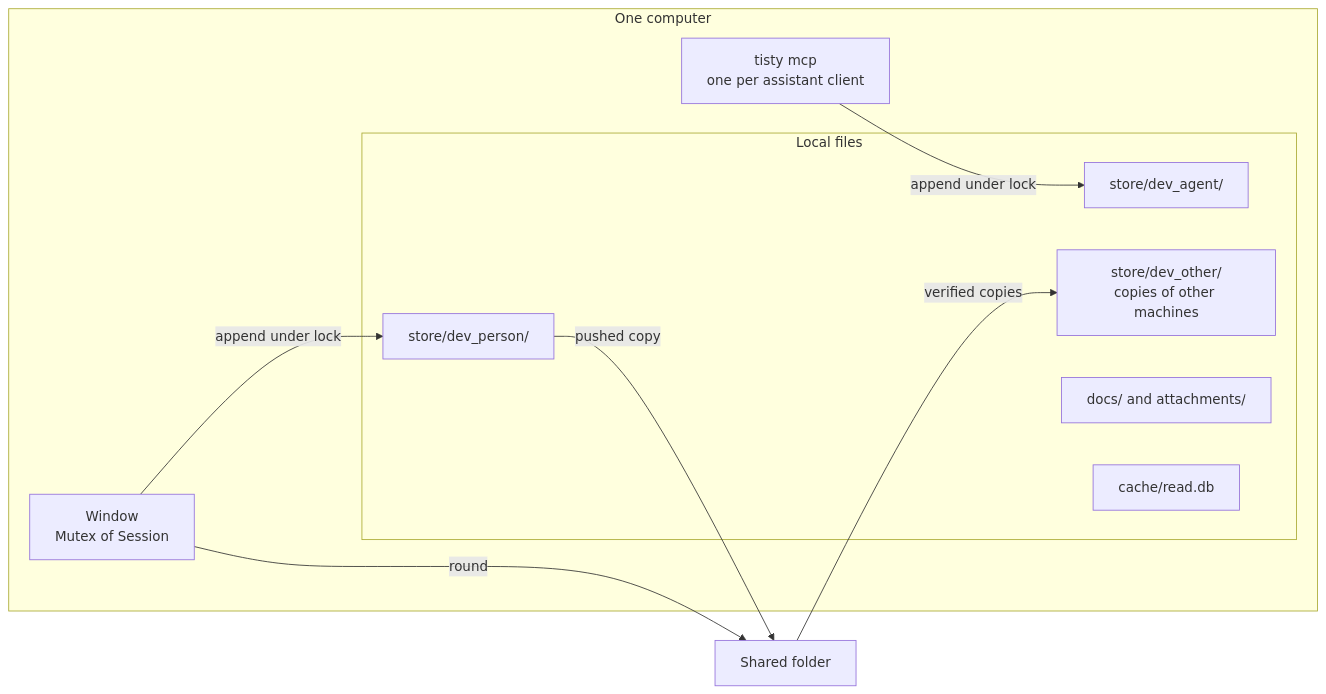
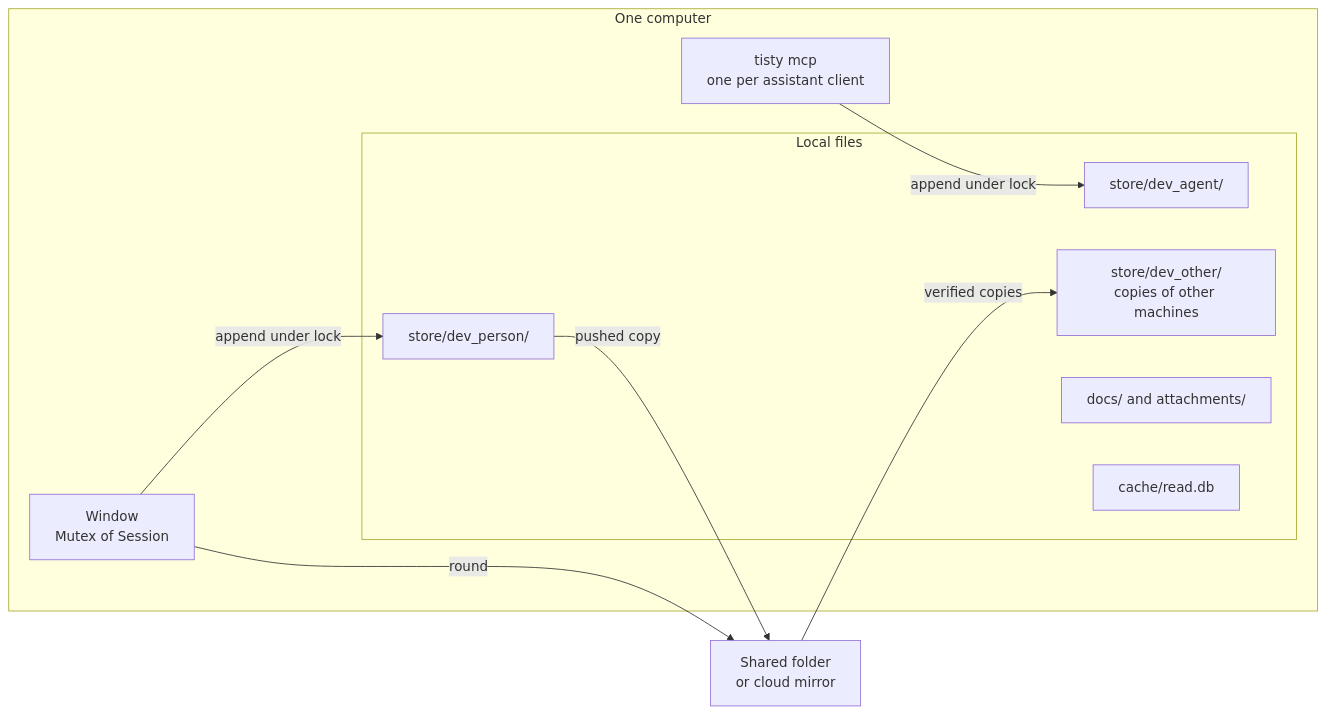
The second of 5 diagrams in docs/ARCHITECTURE.md (rgdevment/Tisty), drawn with Mermaid before and after one commit. The commit also changed other lines of this file and 2 other files, not shown here.

First line of the commit message:
docs: slim ARCHITECTURE.md to a map of crates, processes and the rules nothing may break (#407)

````diff
--- a/docs/ARCHITECTURE.md
+++ b/docs/ARCHITECTURE.md
@@ -95,20 +95,20 @@
 ```mermaid
 flowchart LR
   subgraph machine["One computer"]
     win["Window<br/>Mutex of Session"]
     door["tisty mcp<br/>one per assistant client"]
     subgraph files["Local files"]
       person["store/dev_person/"]
       agent["store/dev_agent/"]
       copies["store/dev_other/<br/>copies of other machines"]
       bodies["docs/ and attachments/"]
       cache["cache/read.db"]
     end
   end
-  shared["Shared folder"]
+  shared["Shared folder<br/>or cloud mirror"]
   win -- "append under lock" --> person
   door -- "append under lock" --> agent
   win -- "round" --> shared
   shared -- "verified copies" --> copies
   person -- "pushed copy" --> shared
 ```
````
